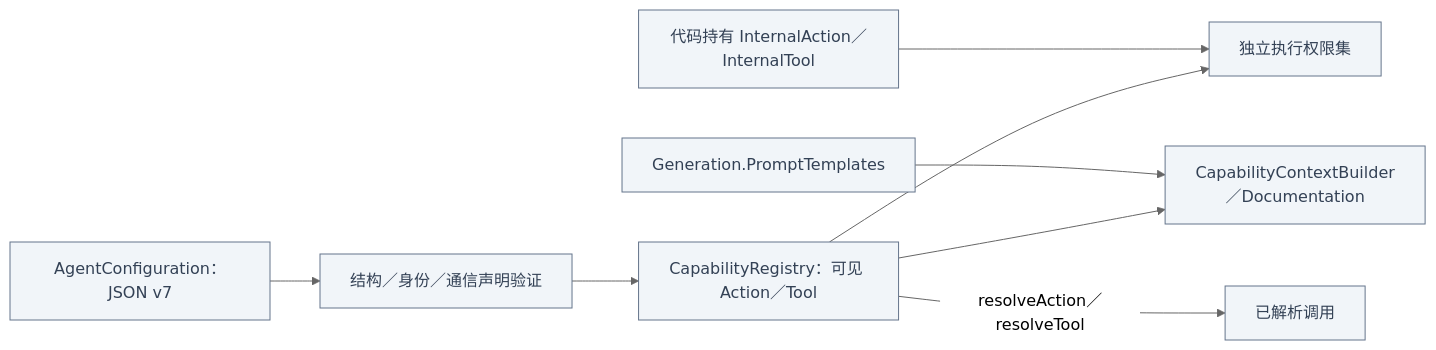
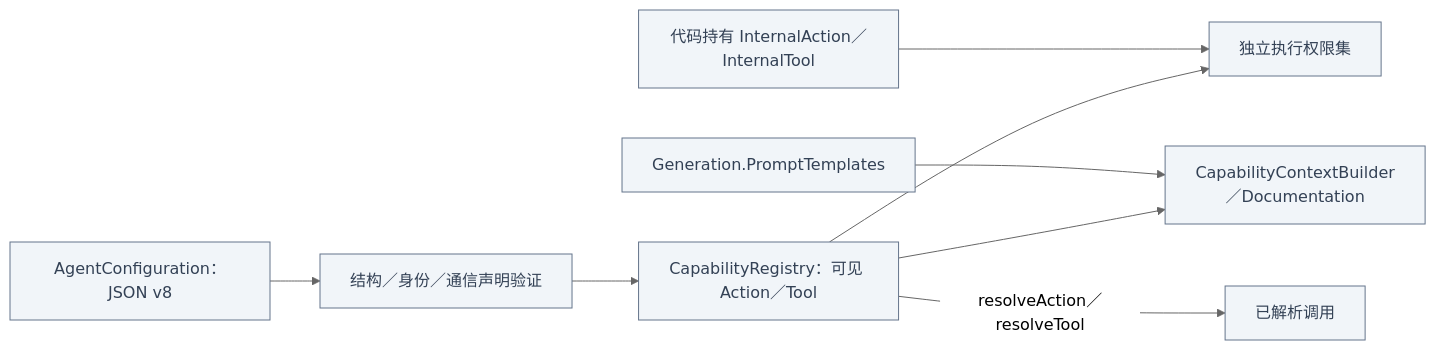
One commit to devilyouwei/MobileHarness changed the second of 2 diagrams in MobileHarness/Agents/Support/Core/Capability/README.md. Above: the diagram before and after it, drawn with Mermaid (neutral theme). The commit also changed other lines of this file and 119 other files, not shown here.

````diff
--- a/MobileHarness/Agents/Support/Core/Capability/README.md
+++ b/MobileHarness/Agents/Support/Core/Capability/README.md
@@ -39,23 +39,23 @@
 ```mermaid
 flowchart LR
- J["AgentConfiguration：JSON v7"]:::host
+ J["AgentConfiguration：JSON v8"]:::host
  V["结构／身份／通信声明验证"]:::host
  R["CapabilityRegistry：可见 Action／Tool"]:::host
  I["代码持有 InternalAction／InternalTool"]:::host
  P["独立执行权限集"]:::host
  B["CapabilityContextBuilder／Documentation"]:::host
  T["Generation.PromptTemplates"]:::host
  J --> V --> R --> B
  R --> P
  I --> P
  T --> B
  R -->|"resolveAction／resolveTool"| O["已解析调用"]:::host
  classDef ui fill:#e0f2fe,stroke:#0284c7,color:#0c4a6e
  classDef platform fill:#dcfce7,stroke:#16a34a,color:#14532d
  classDef model fill:#f3e8ff,stroke:#9333ea,color:#581c87
  classDef storage fill:#fef3c7,stroke:#d97706,color:#78350f
  classDef agent fill:#eef2ff,stroke:#6366f1,color:#312e81
  classDef gateway fill:#ffedd5,stroke:#ea580c,color:#7c2d12
  classDef action fill:#ffe4e6,stroke:#e11d48,color:#881337
  classDef host fill:#f1f5f9,stroke:#64748b,color:#334155
 ```
````
